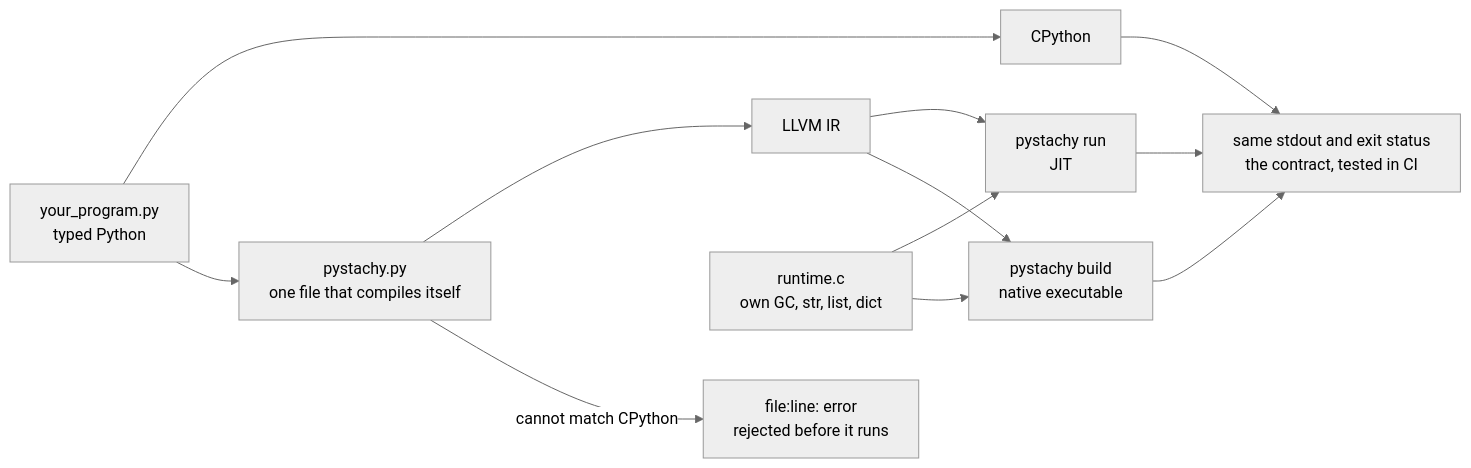
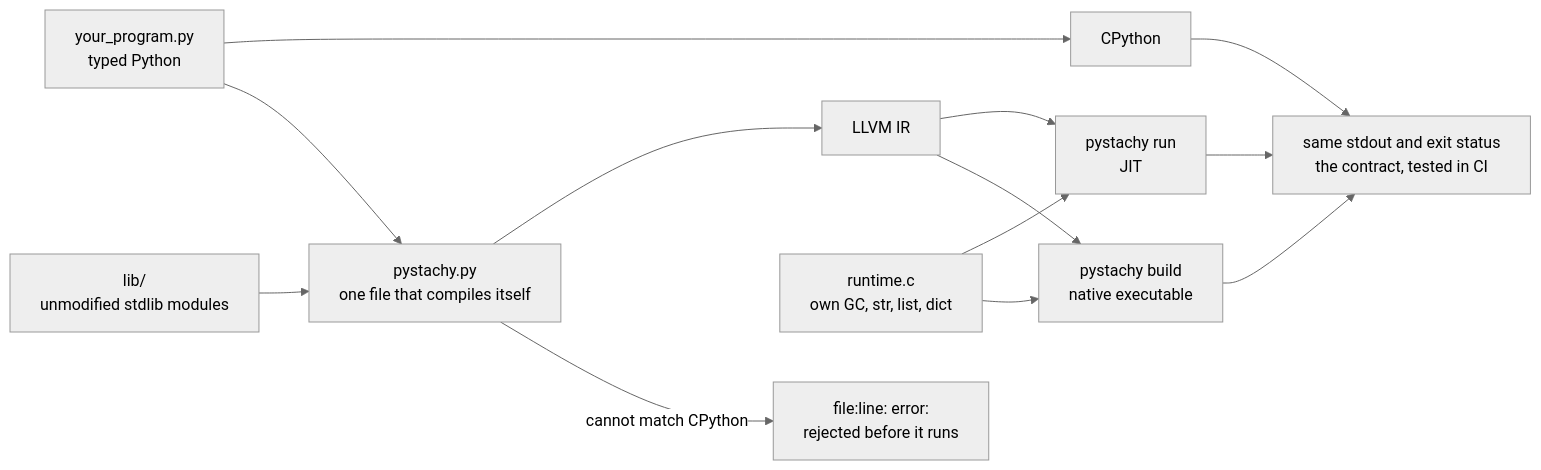
One commit to den-run-ai/pystachy changed the diagram in README.md. Above: the diagram before and after it, drawn with Mermaid (neutral theme). The commit also changed other lines of this file, not shown here.

First line of the commit message:
Apply the README review: softer claims, rounded counts, roadmap first

````diff
--- a/README.md
+++ b/README.md
@@ -28,18 +28,20 @@
 ```mermaid
 flowchart LR
     src["your_program.py<br/>typed Python"]
+    lib["lib/<br/>unmodified stdlib modules"]
     cpy["CPython"]
     comp["pystachy.py<br/>one file that compiles itself"]
-    err["file:line: error<br/>rejected before it runs"]
+    err["file:line: error:<br/>rejected before it runs"]
     ir["LLVM IR"]
     rt["runtime.c<br/>own GC, str, list, dict"]
     jit["pystachy run<br/>JIT"]
     aot["pystachy build<br/>native executable"]
     same["same stdout and exit status<br/>the contract, tested in CI"]
     src --> cpy --> same
     src --> comp --> ir --> jit --> same
+    lib --> comp
     ir --> aot --> same
     comp -->|"cannot match CPython"| err
     rt --> jit
     rt --> aot
 ```
````
